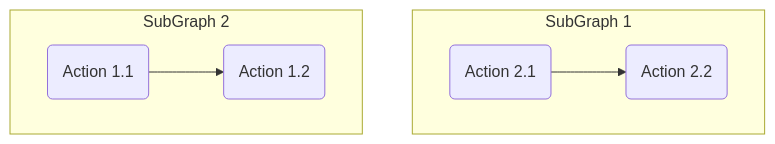
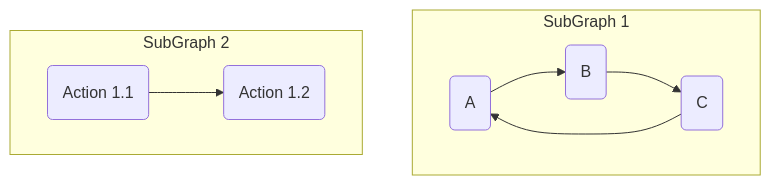
Before and after one commit to Master449/hugorestech: the diagram in content/_index.md, drawn with Mermaid. The commit also changed other lines of this file, not shown here.

Commit message:
I forgot

````diff
--- a/content/_index.md
+++ b/content/_index.md
@@ -114,9 +116,11 @@
 ```mermaid
-graph TB
+graph TD
     subgraph SubGraph 1
-    b1(Action 2.1) --> b2(Action 2.2)
+    A(A) --> B(B)
+    B(B) --> C(C)
+    C(C) --> A(A)
     end
     subgraph SubGraph 2
     a1(Action 1.1) --> a2(Action 1.2)
     end
 ```
````
